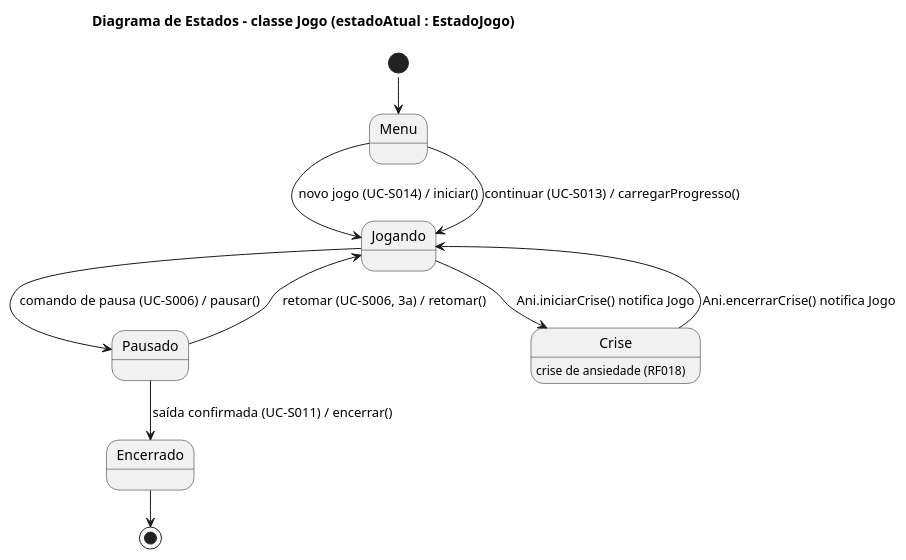
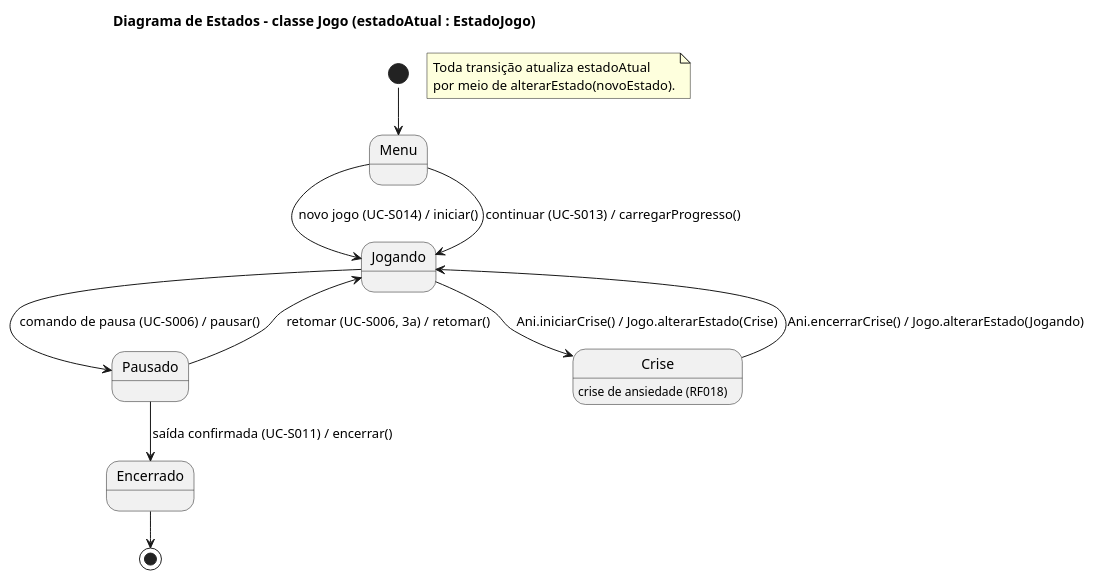
The diagram in docs/diagramas/estados-jogo.puml (omatheusfaria/Ani), drawn with PlantUML before and after one commit. The commit also changed 4 other files, not shown here.

Commit message:
Acrescenta Jogo.alterarEstado(novoEstado) e troca a notificação da crise pela chamada Jogo.alterarEstado(Crise / Jogando) (item 61, decisão 2)

```diff
--- a/docs/diagramas/estados-jogo.puml
+++ b/docs/diagramas/estados-jogo.puml
@@ -1,21 +1,23 @@
 @startuml estados-jogo
 !pragma layout smetana
 title Diagrama de Estados – classe Jogo (estadoAtual : EstadoJogo)
 
 state "Menu" as Menu
 state "Jogando" as Jogando
 state "Pausado" as Pausado
 state "Crise" as Crise : crise de ansiedade (RF018)
 state "Encerrado" as Encerrado
 
 [*] --> Menu
 Menu --> Jogando : novo jogo (UC-S014) / iniciar()
 Menu --> Jogando : continuar (UC-S013) / carregarProgresso()
 Jogando --> Pausado : comando de pausa (UC-S006) / pausar()
 Pausado --> Jogando : retomar (UC-S006, 3a) / retomar()
-Jogando --> Crise : Ani.iniciarCrise() notifica Jogo
-Crise --> Jogando : Ani.encerrarCrise() notifica Jogo
+Jogando --> Crise : Ani.iniciarCrise() / Jogo.alterarEstado(Crise)
+Crise --> Jogando : Ani.encerrarCrise() / Jogo.alterarEstado(Jogando)
 Pausado --> Encerrado : saída confirmada (UC-S011) / encerrar()
 Encerrado --> [*]
 
+note "Toda transição atualiza estadoAtual\npor meio de alterarEstado(novoEstado)." as N1
+
 @enduml
```
